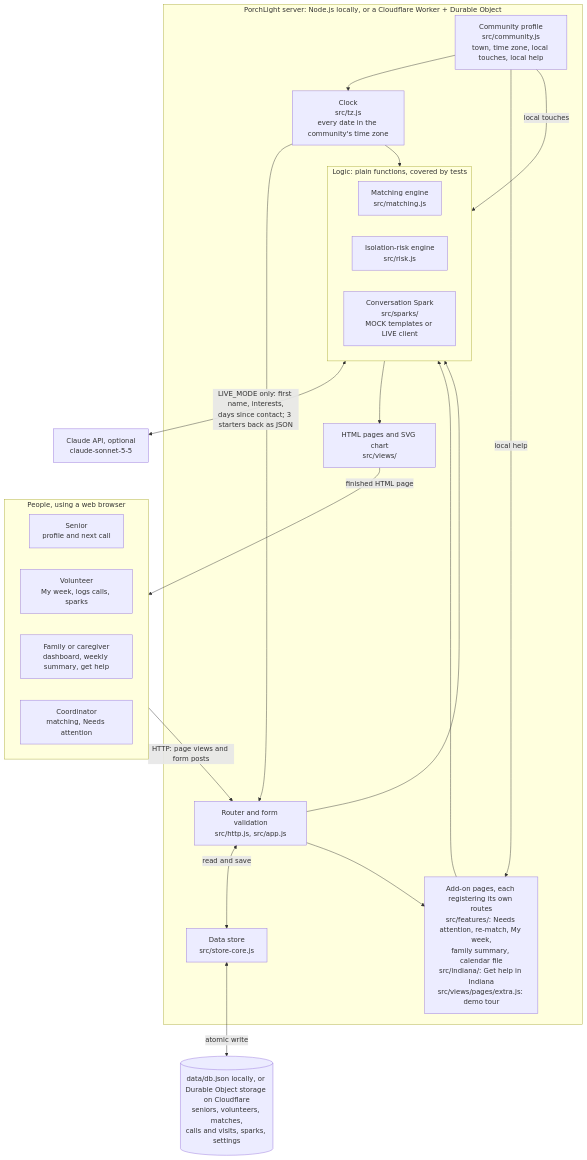
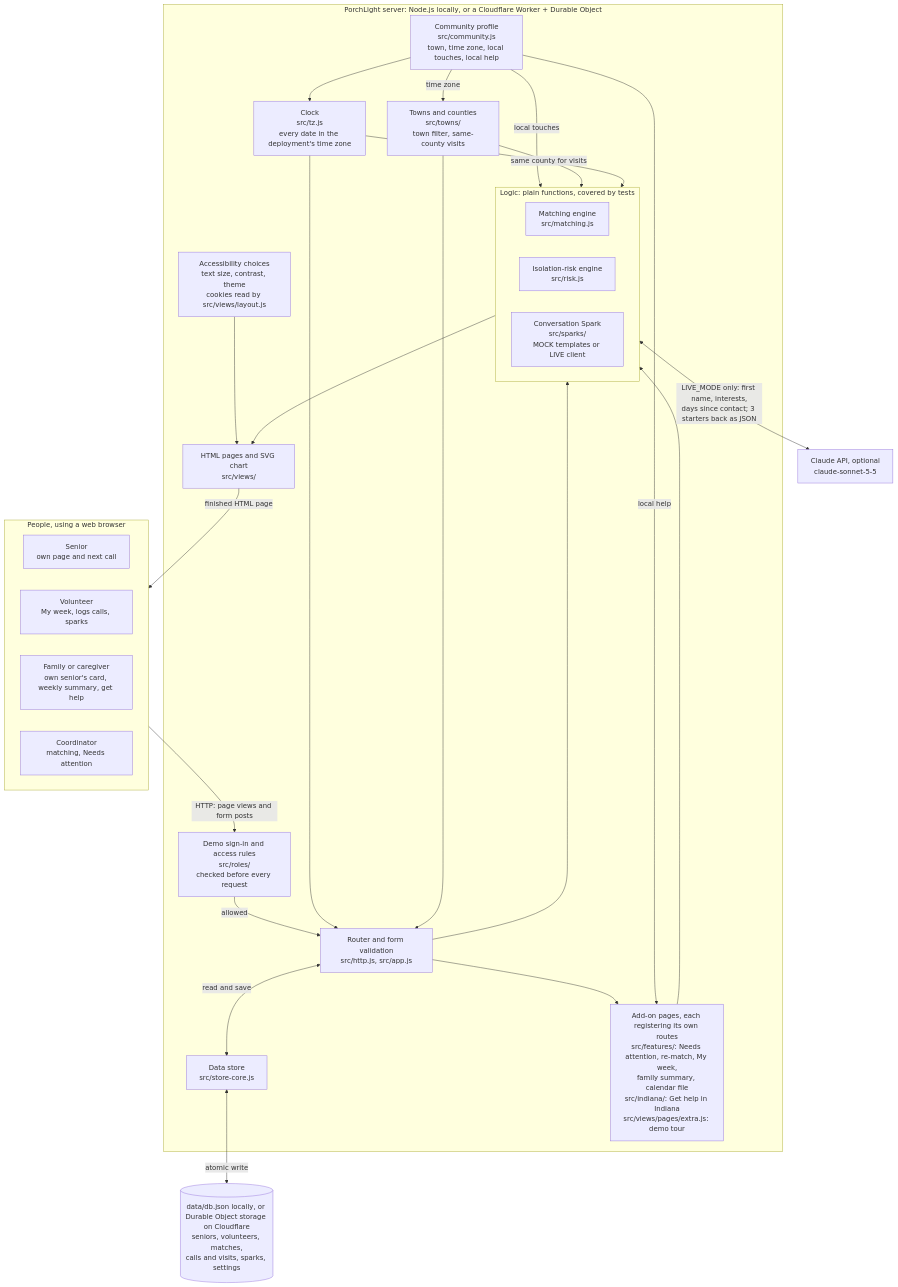
The first of 5 diagrams in docs/architecture-diagram.md (CyberCoder-bit/PorchLight), drawn with Mermaid before and after one commit. The commit also changed other lines of this file and 18 other files, not shown here.

First line of the commit message:
Sync docs with round 1: Accessibility menu, statewide towns, demo sign-in

````diff
--- a/docs/architecture-diagram.md
+++ b/docs/architecture-diagram.md
@@ -7,43 +7,51 @@
 ```mermaid
 flowchart TB
   subgraph People["People, using a web browser"]
     direction LR
-    SEN["Senior<br/>profile and next call"]
+    SEN["Senior<br/>own page and next call"]
     VOL["Volunteer<br/>My week, logs calls, sparks"]
-    FAM["Family or caregiver<br/>dashboard, weekly summary, get help"]
+    FAM["Family or caregiver<br/>own senior's card, weekly summary, get help"]
     COO["Coordinator<br/>matching, Needs attention"]
   end
 
   subgraph Server["PorchLight server: Node.js locally, or a Cloudflare Worker + Durable Object"]
+    GUARD["Demo sign-in and access rules<br/>src/roles/<br/>checked before every request"]
     ROUTER["Router and form validation<br/>src/http.js, src/app.js"]
     subgraph Engines["Logic: plain functions, covered by tests"]
       direction LR
       MATCH["Matching engine<br/>src/matching.js"]
       RISK["Isolation-risk engine<br/>src/risk.js"]
       SPARK["Conversation Spark<br/>src/sparks/<br/>MOCK templates or LIVE client"]
     end
     VIEWS["HTML pages and SVG chart<br/>src/views/"]
     STORE["Data store<br/>src/store-core.js"]
     COMM["Community profile<br/>src/community.js<br/>town, time zone, local touches, local help"]
-    TZ["Clock<br/>src/tz.js<br/>every date in the community's time zone"]
+    TZ["Clock<br/>src/tz.js<br/>every date in the deployment's time zone"]
+    TOWNS["Towns and counties<br/>src/towns/<br/>town filter, same-county visits"]
+    PREFS["Accessibility choices<br/>text size, contrast, theme<br/>cookies read by src/views/layout.js"]
     ADDON["Add-on pages, each registering its own routes<br/>src/features/: Needs attention, re-match, My week,<br/>family summary, calendar file<br/>src/indiana/: Get help in Indiana<br/>src/views/pages/extra.js: demo tour"]
   end
 
   DB[("data/db.json locally, or Durable Object storage on Cloudflare<br/>seniors, volunteers, matches,<br/>calls and visits, sparks, settings")]
   CLAUDE["Claude API, optional<br/>claude-sonnet-5-5"]
 
-  People -->|"HTTP: page views and form posts"| ROUTER
+  People -->|"HTTP: page views and form posts"| GUARD
+  GUARD -->|"allowed"| ROUTER
+  PREFS --> VIEWS
   ROUTER --> Engines
   Engines --> VIEWS
   VIEWS -->|"finished HTML page"| People
   ROUTER <-->|"read and save"| STORE
   STORE <-->|"atomic write"| DB
   SPARK <-->|"LIVE_MODE only: first name, interests,<br/>days since contact; 3 starters back as JSON"| CLAUDE
   COMM --> TZ
   TZ --> ROUTER
   TZ --> Engines
   COMM -->|"local touches"| SPARK
   ROUTER --> ADDON
   ADDON --> Engines
   COMM -->|"local help"| ADDON
+  COMM -->|"time zone"| TOWNS
+  TOWNS --> ROUTER
+  TOWNS -->|"same county for visits"| MATCH
 ```
````
